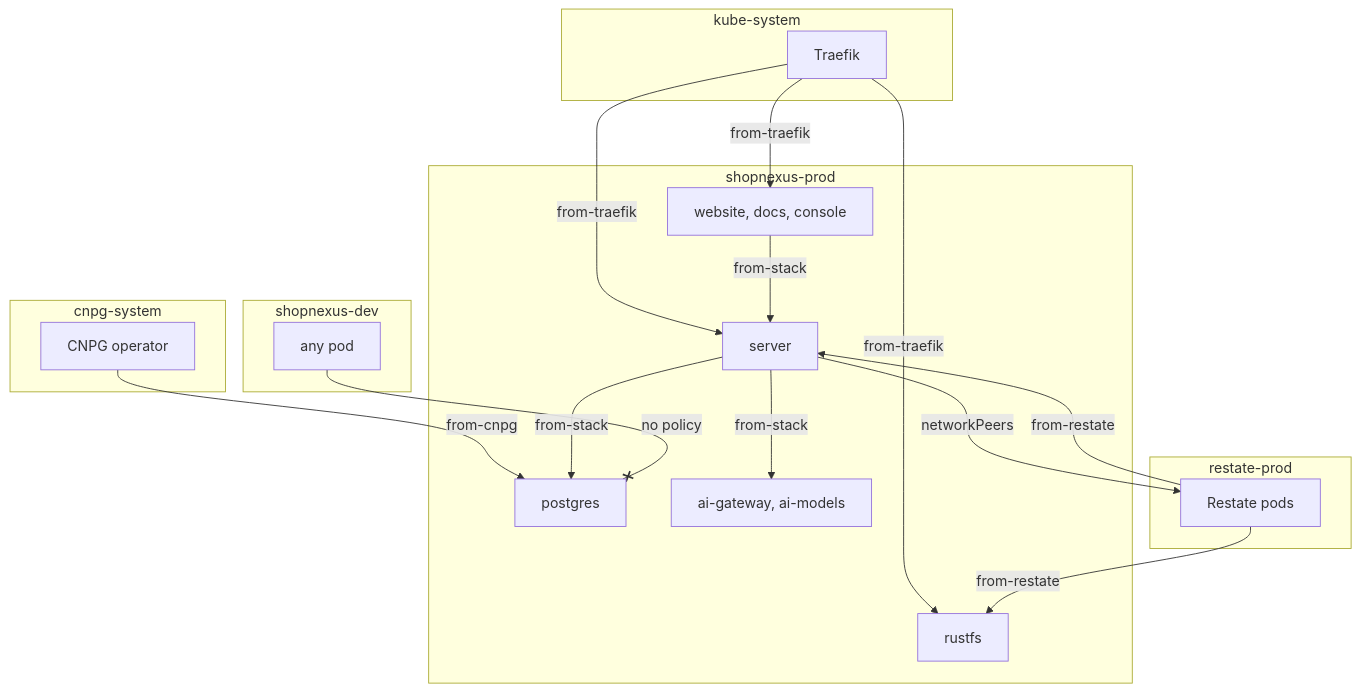
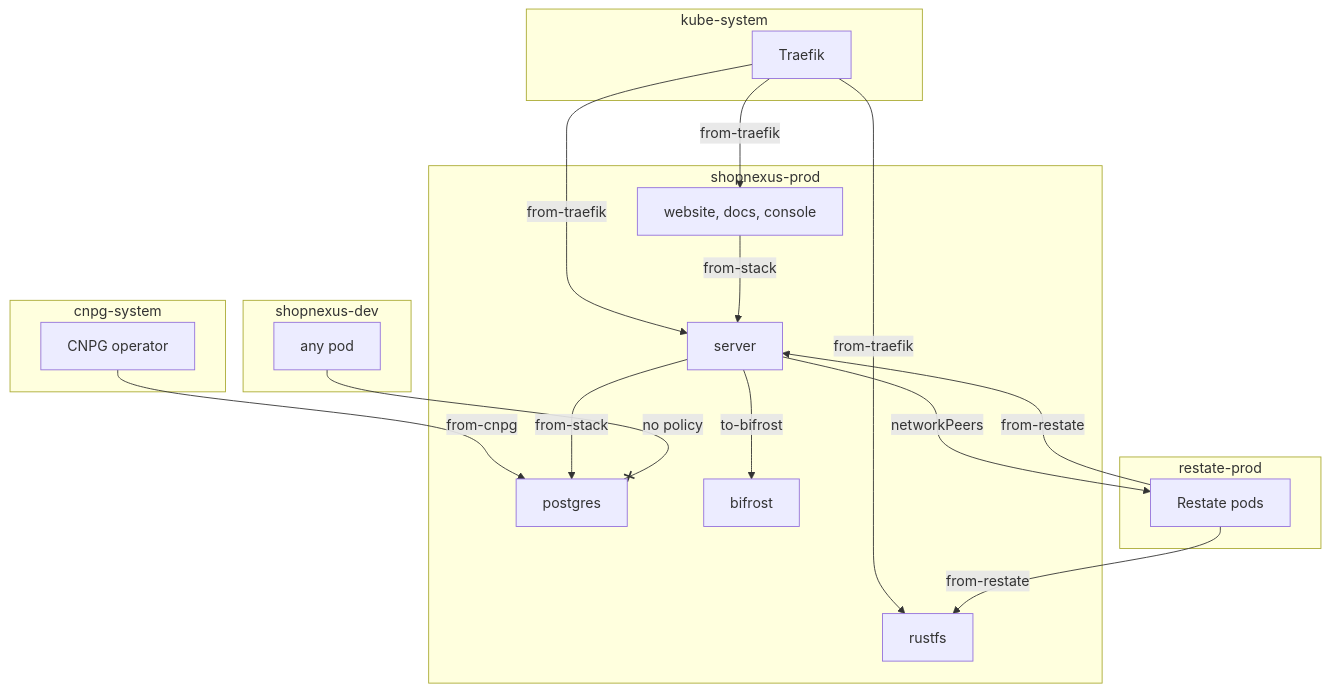
Before and after one commit to shopnexus/docs: the third of 3 diagrams in web/src/content/docs/en/operations/cluster/networking.mdx, drawn with Mermaid. The commit also changed other lines of this file and 3 other files, not shown here.

````diff
--- a/web/src/content/docs/en/operations/cluster/networking.mdx
+++ b/web/src/content/docs/en/operations/cluster/networking.mdx
@@ -141,33 +142,33 @@
 ```mermaid title="Allowed flows into shopnexus-prod"
 flowchart TB
   subgraph ks["kube-system"]
     TR["Traefik"]
   end
   subgraph cnpg["cnpg-system"]
     OP["CNPG operator"]
   end
   subgraph rp["restate-prod"]
     RS["Restate pods"]
   end
   subgraph sp["shopnexus-prod"]
     WEB["website, docs, console"]
     SRV["server"]
     RFS["rustfs"]
     PG["postgres"]
-    LLM["ai-gateway, ai-models"]
+    LLM["bifrost"]
   end
   subgraph sd["shopnexus-dev"]
     DEV["any pod"]
   end
   TR -->|"from-traefik"| WEB
   TR -->|"from-traefik"| SRV
   TR -->|"from-traefik"| RFS
   OP -->|"from-cnpg"| PG
   RS -->|"from-restate"| SRV
   RS -->|"from-restate"| RFS
   SRV -->|"from-stack"| PG
-  SRV -->|"from-stack"| LLM
+  SRV -->|"to-bifrost"| LLM
   WEB -->|"from-stack"| SRV
   SRV -->|"networkPeers"| RS
   DEV --x|"no policy"| PG
 ```
````
